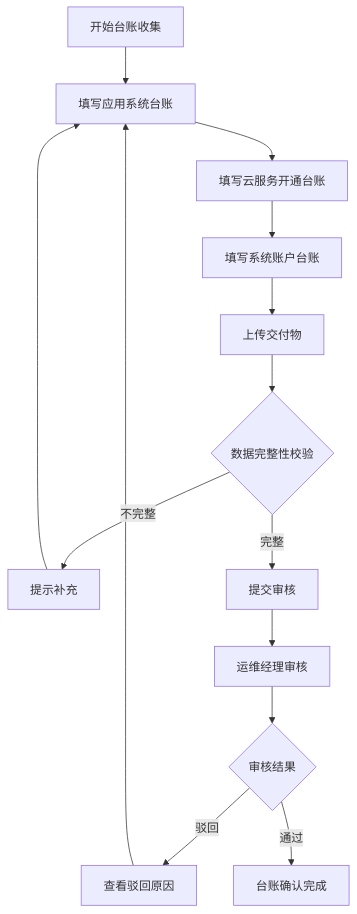
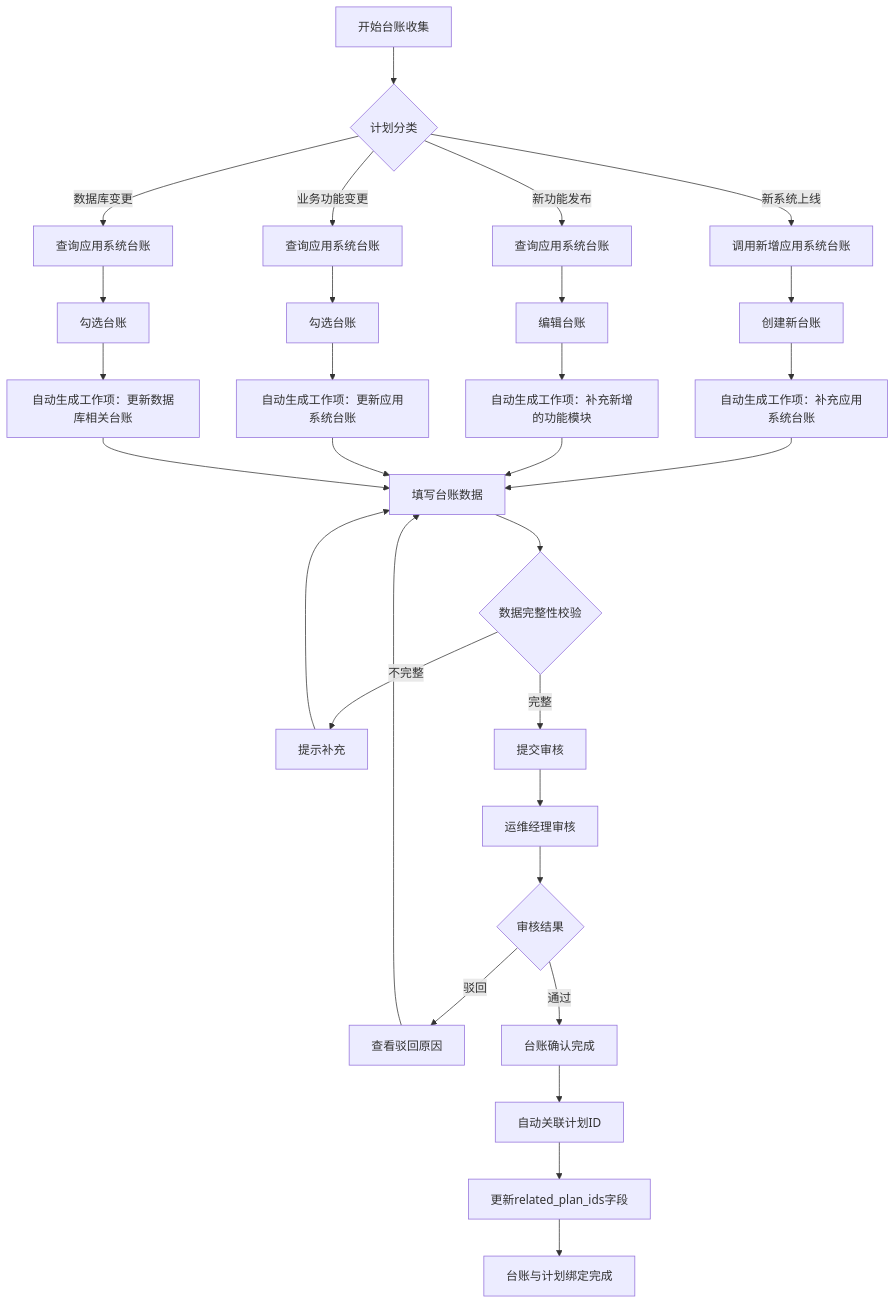
One commit to vickiechen1128/CRTAssistant_demo changed the second of 17 diagrams in docs/workflow/business-flow.md. Above: the diagram before and after it, drawn with Mermaid. The commit also changed other lines of this file and 19 other files, not shown here.

````diff
--- a/docs/workflow/business-flow.md
+++ b/docs/workflow/business-flow.md
@@ -52,16 +69,32 @@
 ```mermaid
 flowchart TD
-    A[开始台账收集] --> B[填写应用系统台账]
-    B --> C[填写云服务开通台账]
-    C --> D[填写系统账户台账]
-    D --> E[上传交付物]
-    E --> F{数据完整性校验}
-    F -->|不完整| G[提示补充]
-    G --> B
-    F -->|完整| H[提交审核]
-    H --> I[运维经理审核]
-    I --> J{审核结果}
-    J -->|驳回| K[查看驳回原因]
-    K --> B
-    J -->|通过| L[台账确认完成]
+    A[开始台账收集] --> B{计划分类}
+    B -->|新系统上线| C1[调用新增应用系统台账]
+    C1 --> C2[创建新台账]
+    C2 --> C3[自动生成工作项：补充应用系统台账]
+    B -->|新功能发布| D1[查询应用系统台账]
+    D1 --> D2[编辑台账]
+    D2 --> D3[自动生成工作项：补充新增的功能模块]
+    B -->|业务功能变更| E1[查询应用系统台账]
+    E1 --> E2[勾选台账]
+    E2 --> E3[自动生成工作项：更新应用系统台账]
+    B -->|数据库变更| F1[查询应用系统台账]
+    F1 --> F2[勾选台账]
+    F2 --> F3[自动生成工作项：更新数据库相关台账]
+    C3 --> G[填写台账数据]
+    D3 --> G
+    E3 --> G
+    F3 --> G
+    G --> H{数据完整性校验}
+    H -->|不完整| I[提示补充]
+    I --> G
+    H -->|完整| J[提交审核]
+    J --> K[运维经理审核]
+    K --> L{审核结果}
+    L -->|驳回| M[查看驳回原因]
+    M --> G
+    L -->|通过| N[台账确认完成]
+    N --> O[自动关联计划ID]
+    O --> P[更新related_plan_ids字段]
+    P --> Q[台账与计划绑定完成]
 ```
````
